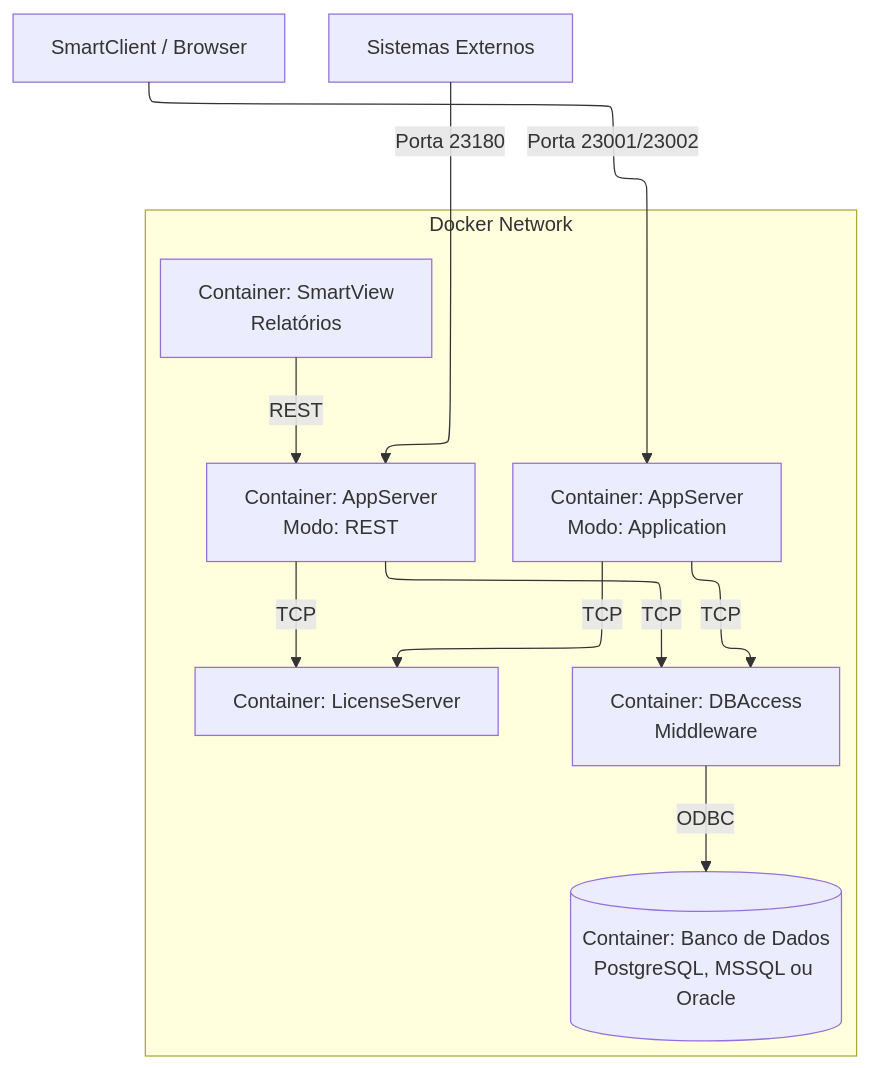
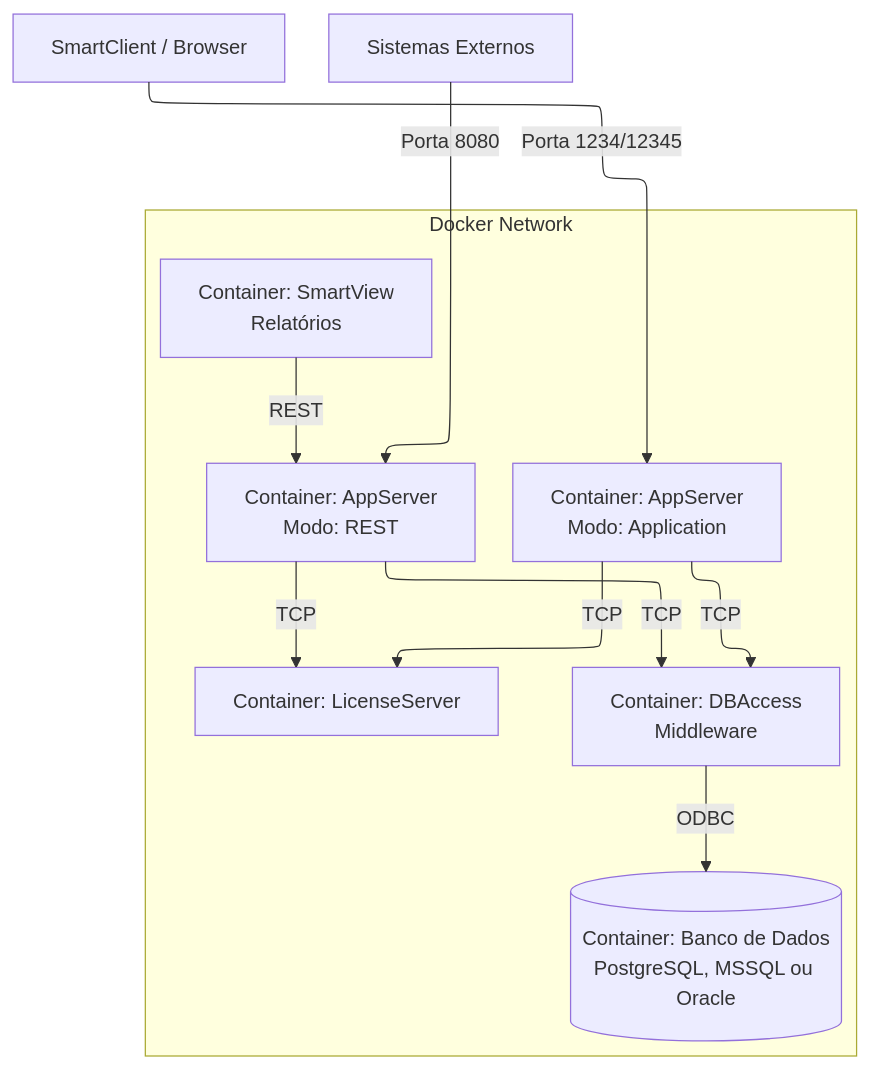
Before and after one commit to juliansantosinfo/TOTVS-Protheus-in-Docker: the diagram in docs/v1.0/02_Arquitetura.md, drawn with Mermaid. The commit also changed other lines of this file and 11 other files, not shown here.

````diff
--- a/docs/v1.0/02_Arquitetura.md
+++ b/docs/v1.0/02_Arquitetura.md
@@ -9,21 +9,21 @@
 ```mermaid
 ---
 config:
   layout: elk
 ---
 flowchart TB
  subgraph subGraph0["Docker Network"]
         AppServer["Container: AppServer<br>Modo: Application"]
         AppRest["Container: AppServer<br>Modo: REST"]
         SmartView["Container: SmartView<br>Relatórios"]
         DBAccess["Container: DBAccess<br>Middleware"]
         License["Container: LicenseServer"]
         Database[("Container: Banco de Dados<br>PostgreSQL, MSSQL ou Oracle")]
   end
-    Client["SmartClient / Browser"] -- Porta 23001/23002 --> AppServer
-    ExtSystem["Sistemas Externos"] -- Porta 23180 --> AppRest
+    Client["SmartClient / Browser"] -- Porta 1234/12345 --> AppServer
+    ExtSystem["Sistemas Externos"] -- Porta 8080 --> AppRest
     AppServer -- TCP --> DBAccess & License
     AppRest -- TCP --> DBAccess & License
     SmartView -- REST --> AppRest
     DBAccess -- ODBC --> Database
 ```
````
